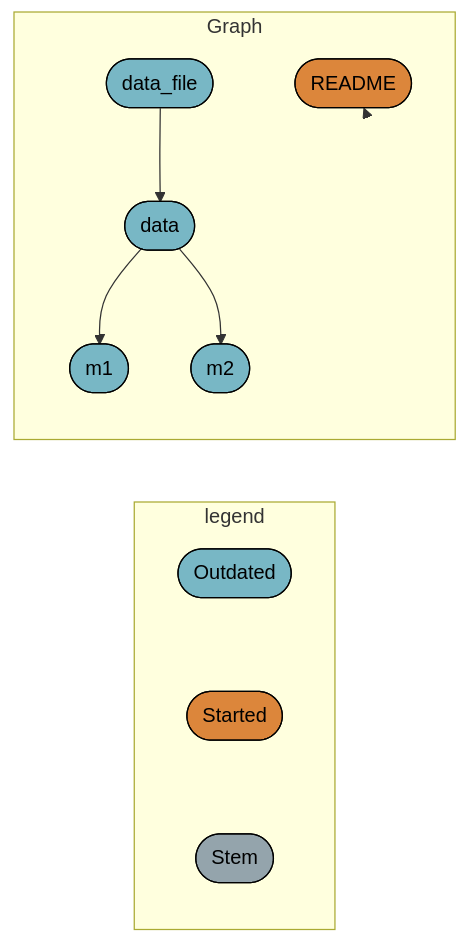
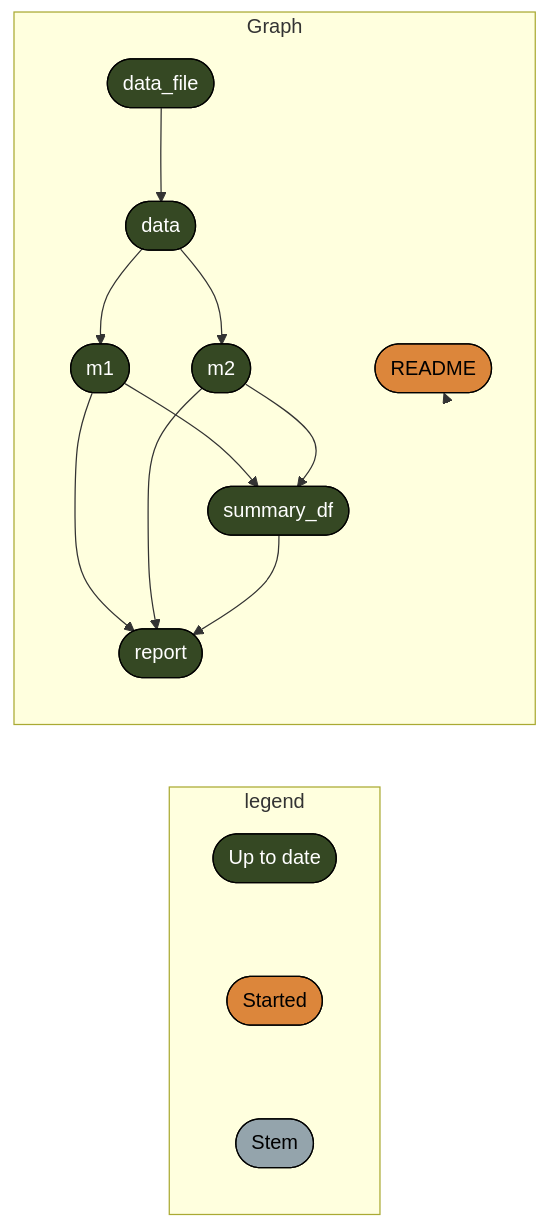
The diagram in README.md (cct-datascience/targets-demo), drawn with Mermaid before and after one commit. The commit also changed other lines of this file and 1 other file, not shown here.

Commit message:
re-render

````diff
--- a/README.md
+++ b/README.md
@@ -19,19 +13,24 @@
 ``` mermaid
 graph LR
   subgraph legend
-    x0a52b03877696646([""Outdated""]):::outdated --- x5b3426b4c7fa7dbc([""Started""]):::started
+    x7420bd9270f8d27d([""Up to date""]):::uptodate --- x5b3426b4c7fa7dbc([""Started""]):::started
     x5b3426b4c7fa7dbc([""Started""]):::started --- xbf4603d6c2c2ad6b([""Stem""]):::none
   end
   subgraph Graph
-    x9902c3bf9eac92fd(["data_file"]):::outdated --> xb7119b48552d1da3(["data"]):::outdated
-    xb7119b48552d1da3(["data"]):::outdated --> x91ab60ce02b784dc(["m1"]):::outdated
-    xb7119b48552d1da3(["data"]):::outdated --> xdb805eb4c75210a1(["m2"]):::outdated
+    x91ab60ce02b784dc(["m1"]):::uptodate --> xce932be5e2ca916b(["summary_df"]):::uptodate
+    xdb805eb4c75210a1(["m2"]):::uptodate --> xce932be5e2ca916b(["summary_df"]):::uptodate
+    x91ab60ce02b784dc(["m1"]):::uptodate --> xe0fba61fbc506510(["report"]):::uptodate
+    xdb805eb4c75210a1(["m2"]):::uptodate --> xe0fba61fbc506510(["report"]):::uptodate
+    xce932be5e2ca916b(["summary_df"]):::uptodate --> xe0fba61fbc506510(["report"]):::uptodate
+    x9902c3bf9eac92fd(["data_file"]):::uptodate --> xb7119b48552d1da3(["data"]):::uptodate
+    xb7119b48552d1da3(["data"]):::uptodate --> x91ab60ce02b784dc(["m1"]):::uptodate
+    xb7119b48552d1da3(["data"]):::uptodate --> xdb805eb4c75210a1(["m2"]):::uptodate
     x793b57f9be3e25d5(["README"]):::started --> x793b57f9be3e25d5(["README"]):::started
   end
-  classDef outdated stroke:#000000,color:#000000,fill:#78B7C5;
+  classDef uptodate stroke:#000000,color:#ffffff,fill:#354823;
   classDef started stroke:#000000,color:#000000,fill:#DC863B;
   classDef none stroke:#000000,color:#000000,fill:#94a4ac;
   linkStyle 0 stroke-width:0px;
   linkStyle 1 stroke-width:0px;
-  linkStyle 5 stroke-width:0px;
+  linkStyle 10 stroke-width:0px;
 ```
````
